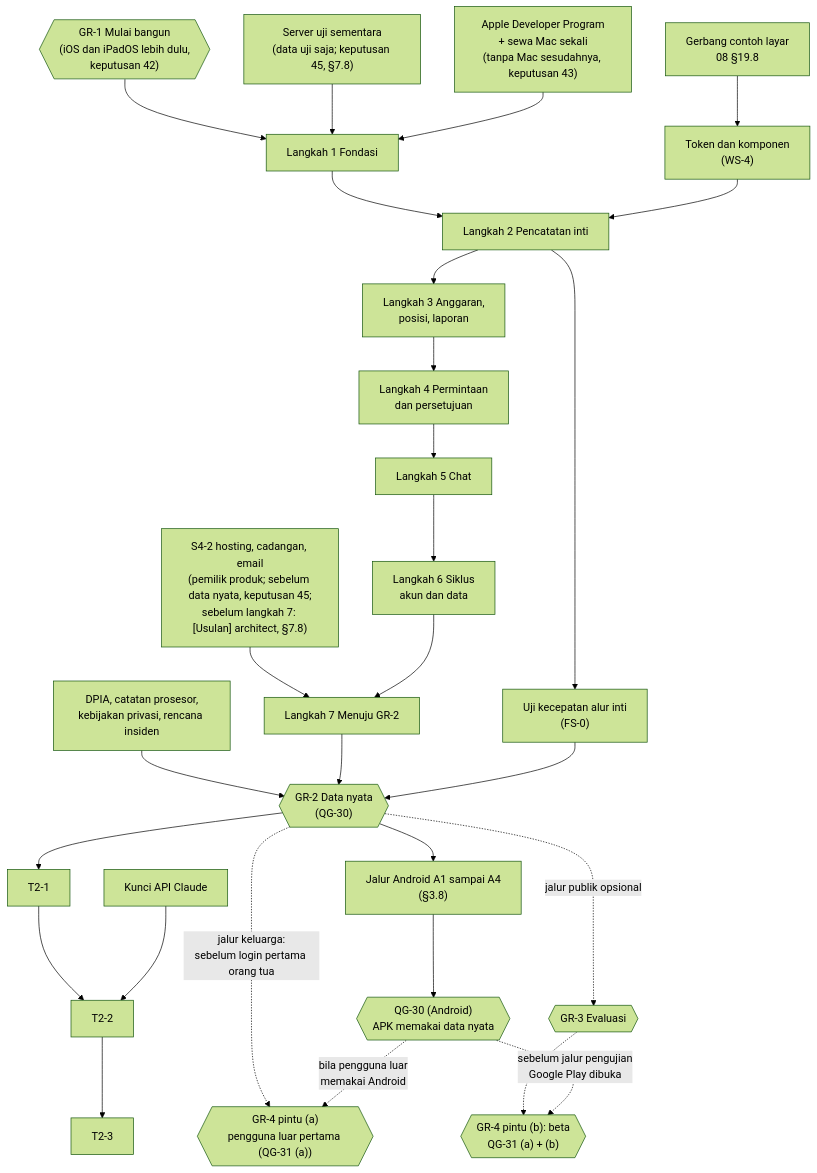
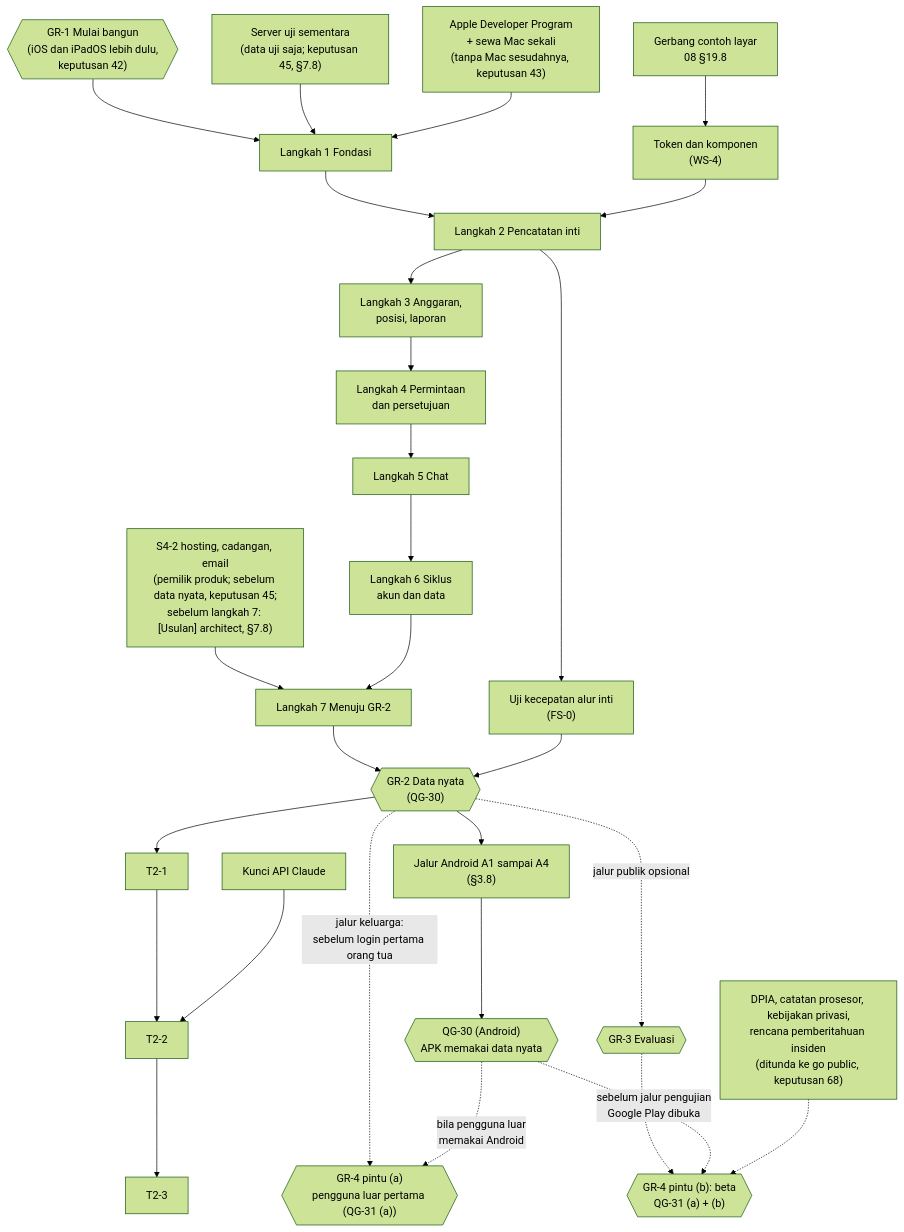
The diagram in docs/14-engineering-roadmap.md (abiyanzimran/casa), drawn with Mermaid (forest theme) before and after one commit. The commit also changed other lines of this file and 44 other files, not shown here.

````diff
--- a/docs/14-engineering-roadmap.md
+++ b/docs/14-engineering-roadmap.md
@@ -200,28 +200,28 @@
 ```mermaid
 flowchart TB
     GR1{{"GR-1 Mulai bangun<br/>(iOS dan iPadOS lebih dulu,<br/>keputusan 42)"}} --> L1["Langkah 1 Fondasi"]
     TMP["Server uji sementara<br/>(data uji saja; keputusan 45, §7.8)"] --> L1
     S42["S4-2 hosting, cadangan, email<br/>(pemilik produk; sebelum data nyata, keputusan 45;<br/>sebelum langkah 7: [Usulan] architect, §7.8)"] --> L7
     APL["Apple Developer Program<br/>+ sewa Mac sekali<br/>(tanpa Mac sesudahnya, keputusan 43)"] --> L1
     GATE["Gerbang contoh layar<br/>08 §19.8"] --> TOK["Token dan komponen<br/>(WS-4)"]
     L1 --> L2["Langkah 2 Pencatatan inti"]
     TOK --> L2
     L2 --> FS0["Uji kecepatan alur inti<br/>(FS-0)"]
     L2 --> L3["Langkah 3 Anggaran,<br/>posisi, laporan"]
     L3 --> L4["Langkah 4 Permintaan<br/>dan persetujuan"]
     L4 --> L5["Langkah 5 Chat"]
     L5 --> L6["Langkah 6 Siklus<br/>akun dan data"]
     L6 --> L7["Langkah 7 Menuju GR-2"]
-    DOC["DPIA, catatan prosesor,<br/>kebijakan privasi, rencana insiden"] --> GR2
     L7 --> GR2{{"GR-2 Data nyata<br/>(QG-30)"}}
     FS0 --> GR2
     GR2 --> W1["T2-1"] --> W2["T2-2"] --> W3["T2-3"]
     KEY["Kunci API Claude"] --> W2
     GR2 --> AND["Jalur Android A1 sampai A4<br/>(§3.8)"]
     AND --> QGA{{"QG-30 (Android)<br/>APK memakai data nyata"}}
     GR2 -.->|"jalur keluarga:<br/>sebelum login pertama orang tua"| GR4A{{"GR-4 pintu (a)<br/>pengguna luar pertama (QG-31 (a))"}}
     QGA -.->|"bila pengguna luar<br/>memakai Android"| GR4A
     GR2 -.->|"jalur publik opsional"| GR3{{"GR-3 Evaluasi"}}
     GR3 -.-> GR4B{{"GR-4 pintu (b): beta<br/>QG-31 (a) + (b)"}}
     QGA -.->|"sebelum jalur pengujian<br/>Google Play dibuka"| GR4B
+    DOC["DPIA, catatan prosesor, kebijakan privasi,<br/>rencana pemberitahuan insiden<br/>(ditunda ke go public, keputusan 68)"] -.-> GR4B
 ```
````
